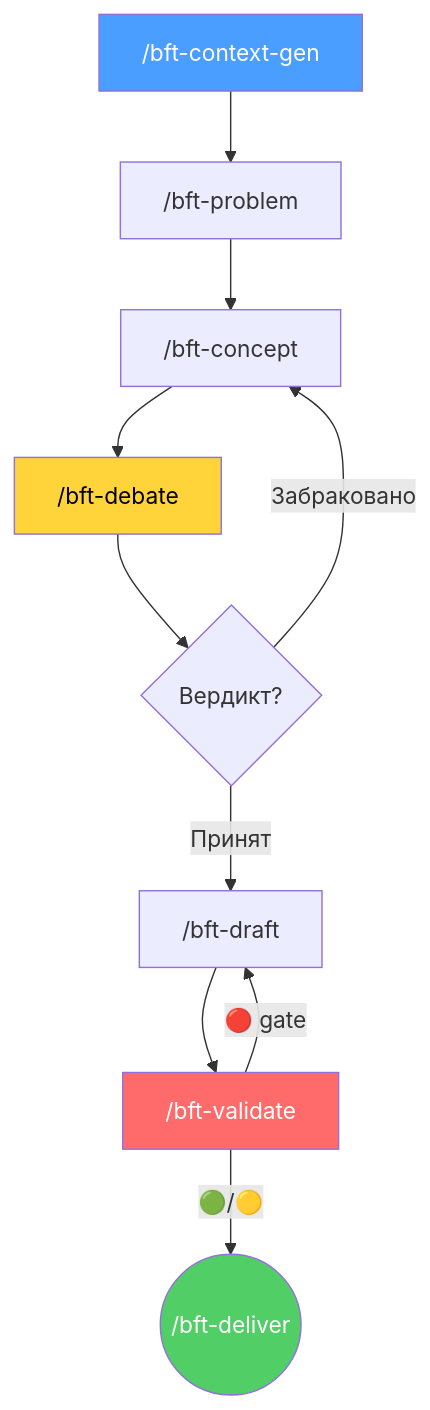
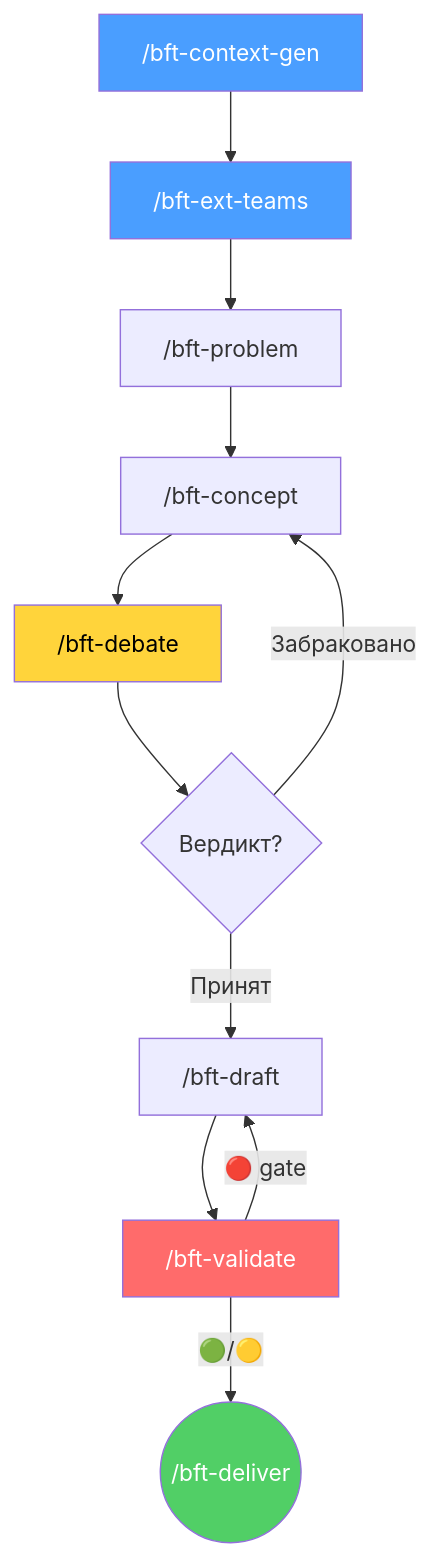
The third of 3 diagrams in README.md (kibarik/po-helper), drawn with Mermaid before and after one commit. The commit also changed other lines of this file and 1 other file, not shown here.

````diff
--- a/README.md
+++ b/README.md
@@ -116,14 +117,15 @@
 ```mermaid
 flowchart TD
-    A["/bft-context-gen"] --> B["/bft-problem"] --> C["/bft-concept"] --> D["/bft-debate"]
+    A["/bft-context-gen"] --> A2["/bft-ext-teams"] --> B["/bft-problem"] --> C["/bft-concept"] --> D["/bft-debate"]
     D --> E{Вердикт?}
     E -->|"Принят"| F["/bft-draft"]
     E -->|"Забраковано"| C
     F --> G["/bft-validate"]
     G -->|"🟢/🟡"| H(("/bft-deliver"))
     G -->|"🔴 gate"| F
     style A fill:#4a9eff,color:#fff
+    style A2 fill:#4a9eff,color:#fff
     style D fill:#ffd43b,color:#000
     style G fill:#ff6b6b,color:#fff
     style H fill:#51cf66,color:#fff
 ```
````
